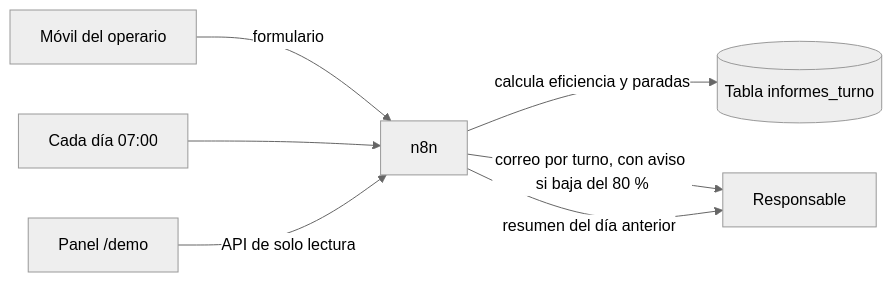
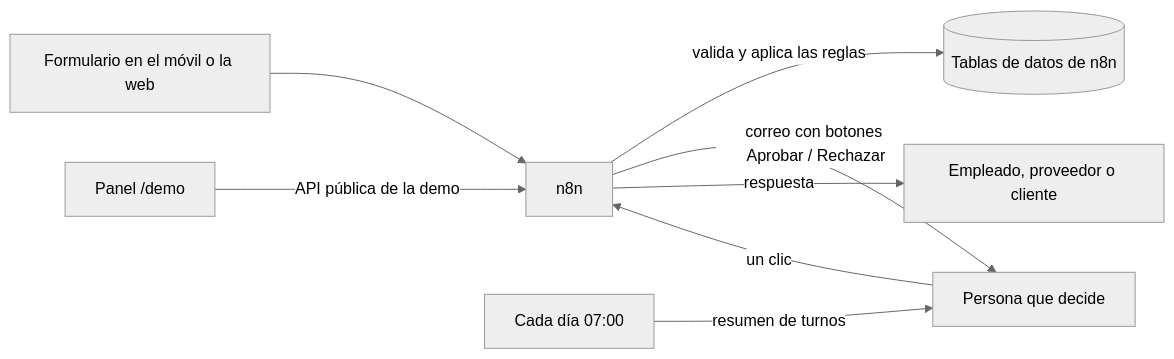
Before and after one commit to kavanasystemsinfo-ui/kavana-automatizacion-pymes: the diagram in README.md, drawn with Mermaid (neutral theme). The commit also changed other lines of this file and 1 other file, not shown here.

Commit message:
README: los cuatro trámites, captura nueva y nombre nuevo del repo

````diff
--- a/README.md
+++ b/README.md
@@ -23,9 +20,10 @@
 ```mermaid
 flowchart LR
-    M[Móvil del operario] -->|formulario| N[n8n]
-    N -->|calcula eficiencia y paradas| T[(Tabla informes_turno)]
-    N -->|correo por turno, con aviso si baja del 80 %| R[Responsable]
-    C[Cada día 07:00] --> N
-    N -->|resumen del día anterior| R
-    D[Panel /demo] -->|API de solo lectura| N
+    F[Formulario en el móvil o la web] --> N[n8n]
+    N -->|valida y aplica las reglas| T[(Tablas de datos de n8n)]
+    N -->|correo con botones Aprobar / Rechazar| R[Persona que decide]
+    R -->|un clic| N
+    N -->|respuesta| E[Empleado, proveedor o cliente]
+    C[Cada día 07:00] -->|resumen de turnos| R
+    D[Panel /demo] -->|API pública de la demo| N
 ```
````
